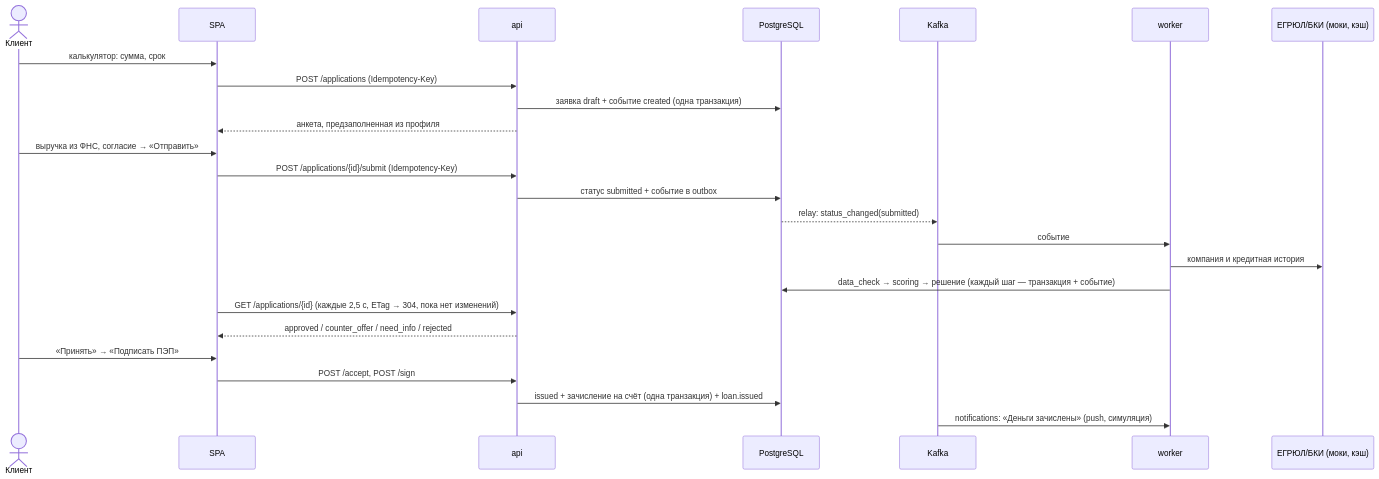
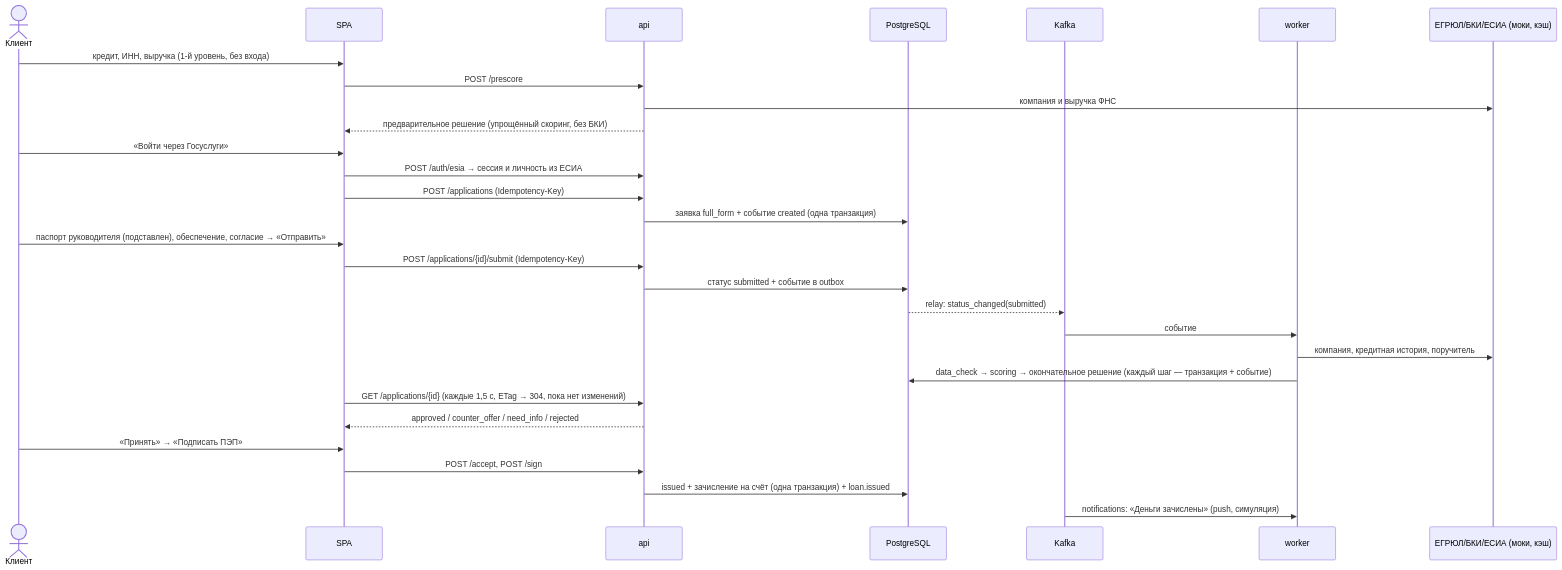
The fifth of 5 diagrams in docs/ARCHITECTURE.md (xdtqwd/alfa-credit), drawn with Mermaid before and after one commit. The commit also changed other lines of this file and 78 other files, not shown here.

First line of the commit message:
feat: двухуровневая анкета — расчёт без входа, вход через Госуслуги, документы и полный скоринг

````diff
--- a/docs/ARCHITECTURE.md
+++ b/docs/ARCHITECTURE.md
@@ -252,27 +252,31 @@
 ```mermaid
 sequenceDiagram
   actor C as Клиент
   participant UI as SPA
   participant API as api
   participant PG as PostgreSQL
   participant K as Kafka
   participant W as worker
-  participant X as ЕГРЮЛ/БКИ (моки, кэш)
-  C->>UI: калькулятор: сумма, срок
+  participant X as ЕГРЮЛ/БКИ/ЕСИА (моки, кэш)
+  C->>UI: кредит, ИНН, выручка (1-й уровень, без входа)
+  UI->>API: POST /prescore
+  API->>X: компания и выручка ФНС
+  API-->>UI: предварительное решение (упрощённый скоринг, без БКИ)
+  C->>UI: «Войти через Госуслуги»
+  UI->>API: POST /auth/esia → сессия и личность из ЕСИА
   UI->>API: POST /applications (Idempotency-Key)
-  API->>PG: заявка draft + событие created (одна транзакция)
-  API-->>UI: анкета, предзаполненная из профиля
-  C->>UI: выручка из ФНС, согласие → «Отправить»
+  API->>PG: заявка full_form + событие created (одна транзакция)
+  C->>UI: паспорт руководителя (подставлен), обеспечение, согласие → «Отправить»
   UI->>API: POST /applications/{id}/submit (Idempotency-Key)
   API->>PG: статус submitted + событие в outbox
   PG-->>K: relay: status_changed(submitted)
   K->>W: событие
-  W->>X: компания и кредитная история
-  W->>PG: data_check → scoring → решение (каждый шаг — транзакция + событие)
-  UI->>API: GET /applications/{id} (каждые 2,5 с, ETag → 304, пока нет изменений)
+  W->>X: компания, кредитная история, поручитель
+  W->>PG: data_check → scoring → окончательное решение (каждый шаг — транзакция + событие)
+  UI->>API: GET /applications/{id} (каждые 1,5 с, ETag → 304, пока нет изменений)
   API-->>UI: approved / counter_offer / need_info / rejected
   C->>UI: «Принять» → «Подписать ПЭП»
   UI->>API: POST /accept, POST /sign
   API->>PG: issued + зачисление на счёт (одна транзакция) + loan.issued
   K->>W: notifications: «Деньги зачислены» (push, симуляция)
 ```
````
